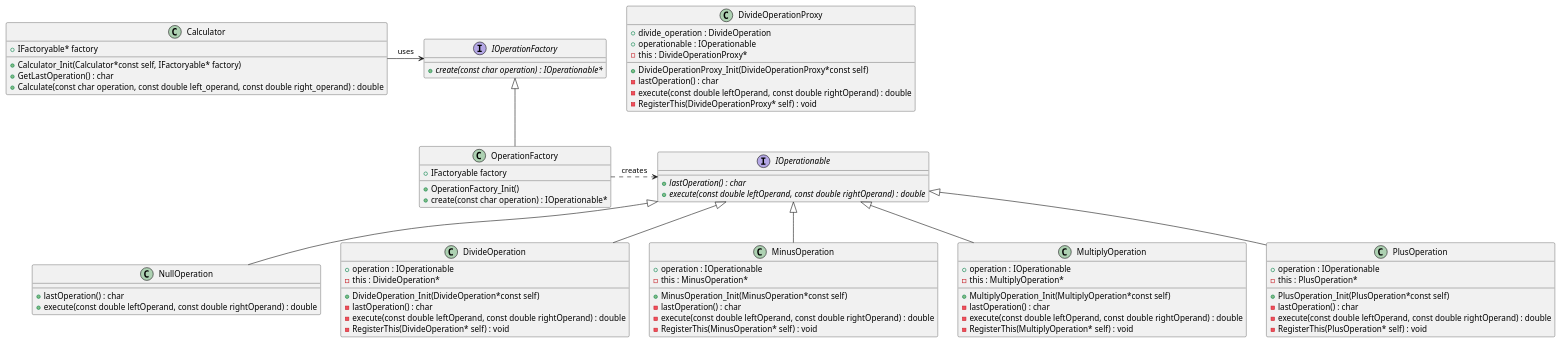
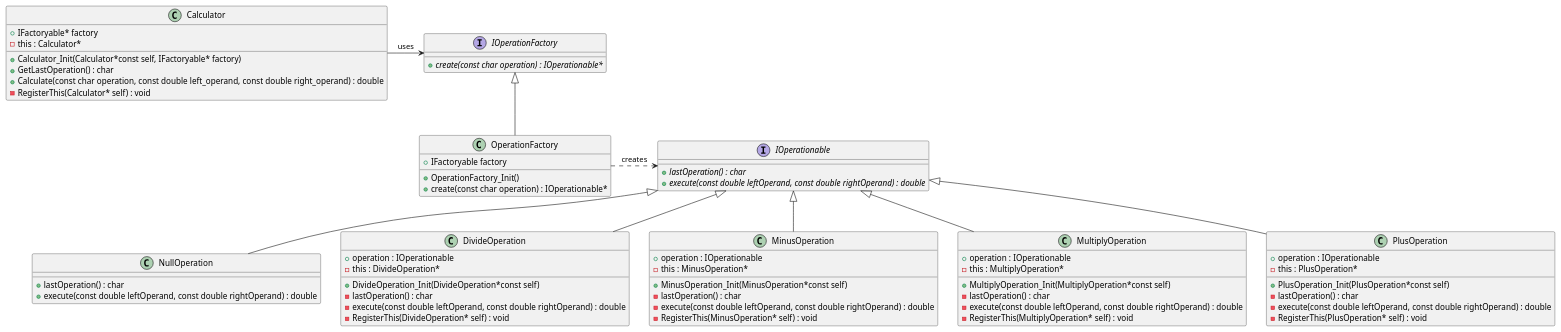
Before and after one commit to MatrixWeber/CleanCode_C: the diagram in Exercises/MyTries/refactoring/simplify_factory/simplify/uml.puml, drawn with PlantUML. The commit also changed 38 other files, not shown here.

```diff
--- a/Exercises/MyTries/refactoring/simplify_factory/simplify/uml.puml
+++ b/Exercises/MyTries/refactoring/simplify_factory/simplify/uml.puml
@@ -1,119 +1,110 @@
 @startuml
 
 
 interface IOperationFactory {
 	+{abstract} create(const char operation) : IOperationable*
 }
 
 
 interface IOperationable {
 	+{abstract} lastOperation() : char
 	+{abstract} execute(const double leftOperand, const double rightOperand) : double
 }
 
 class OperationFactory {
     +IFactoryable factory
 	+OperationFactory_Init()
 	+create(const char operation) : IOperationable*
 }
 
 class NullOperation {
 	+lastOperation() : char
 	+execute(const double leftOperand, const double rightOperand) : double
 }
 
 /' Objects '/
 
 class Calculator {
     +IFactoryable* factory
+    -this : Calculator*
 	+Calculator_Init(Calculator*const self, IFactoryable* factory)
 	+GetLastOperation() : char
 	+Calculate(const char operation, const double left_operand, const double right_operand) : double
+    -RegisterThis(Calculator* self) : void
 }
 
 
 class DivideOperation {
 	+DivideOperation_Init(DivideOperation*const self)
 	+operation : IOperationable
 	-this : DivideOperation*
 	-lastOperation() : char
 	-execute(const double leftOperand, const double rightOperand) : double
     -RegisterThis(DivideOperation* self) : void
-}
-
-
-class DivideOperationProxy {
-	+DivideOperationProxy_Init(DivideOperationProxy*const self)
-	+divide_operation : DivideOperation
-    +operationable : IOperationable
-	-this : DivideOperationProxy*
-	-lastOperation() : char
-	-execute(const double leftOperand, const double rightOperand) : double
-    -RegisterThis(DivideOperationProxy* self) : void
 }
 
 class MinusOperation {
 	+MinusOperation_Init(MinusOperation*const self)
 	+operation : IOperationable
 	-this : MinusOperation*
 	-lastOperation() : char
 	-execute(const double leftOperand, const double rightOperand) : double
     -RegisterThis(MinusOperation* self) : void
 }
 
 
 class MultiplyOperation {
 	+MultiplyOperation_Init(MultiplyOperation*const self)
 	+operation : IOperationable
 	-this : MultiplyOperation*
 	-lastOperation() : char
 	-execute(const double leftOperand, const double rightOperand) : double
     -RegisterThis(MultiplyOperation* self) : void
 }
 
 
 class PlusOperation {
 	+PlusOperation_Init(PlusOperation*const self)
 	+operation : IOperationable
 	-this : PlusOperation*
 	-lastOperation() : char
 	-execute(const double leftOperand, const double rightOperand) : double
     -RegisterThis(PlusOperation* self) : void
 }
 
 
 /' Inheritance relationships '/
 
 IOperationFactory <|-- OperationFactory
 
 
 IOperationable <|-- DivideOperation
 
 
 IOperationable <|-- MinusOperation
 
 
 IOperationable <|-- MultiplyOperation
 
 
 IOperationable <|-- NullOperation
 
 
 IOperationable <|-- PlusOperation
 
 
 
 
 
 /' Aggregation relationships '/
 
 Calculator -> IOperationFactory : uses
 
 
 OperationFactory .> IOperationable : creates
 
 
 
 
 
 @enduml
```
